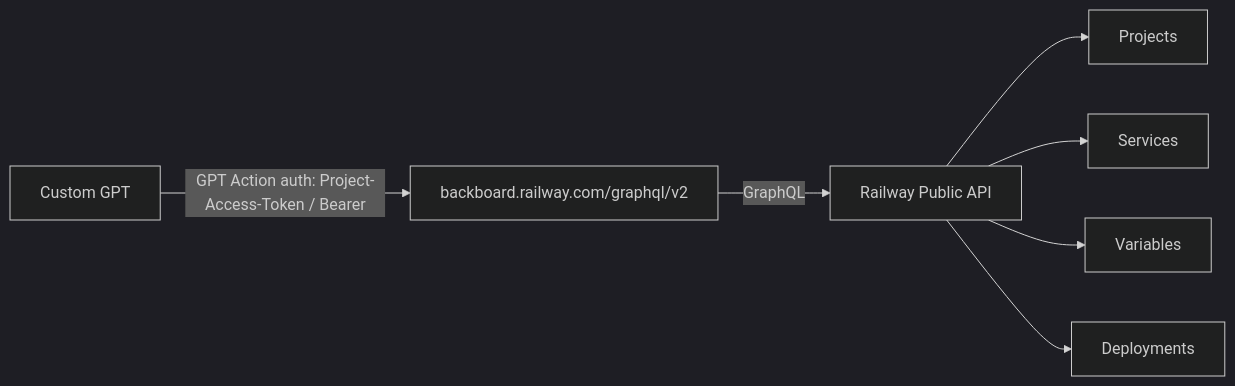
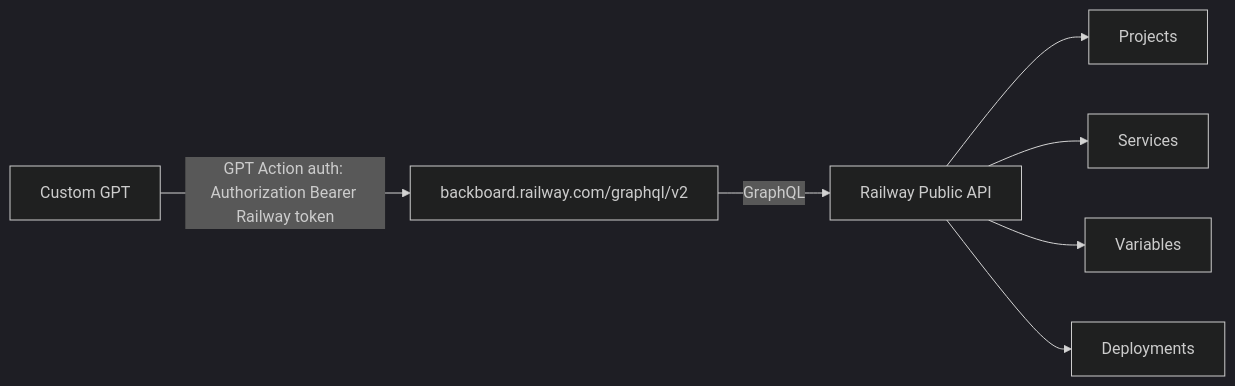
One commit to n0namer/lessons-chatgpt-as-remote-control changed the diagram in ChatGPT как пульт-управления/controls/railway-control.md. Above: the diagram before and after it, drawn with Mermaid (dark theme).

Commit message:
Clarify Railway control bearer auth

````diff
--- a/ChatGPT как пульт-управления/controls/railway-control.md
+++ b/ChatGPT как пульт-управления/controls/railway-control.md
@@ -9,9 +9,9 @@
 ```mermaid
 flowchart LR
-  GPT[Custom GPT] -->|GPT Action auth: Project-Access-Token / Bearer| B[backboard.railway.com/graphql/v2]
+  GPT[Custom GPT] -->|GPT Action auth: Authorization Bearer Railway token| B[backboard.railway.com/graphql/v2]
   B -->|GraphQL| R[Railway Public API]
   R --> P[Projects]
   R --> S[Services]
   R --> V[Variables]
   R --> D[Deployments]
 ```
````
